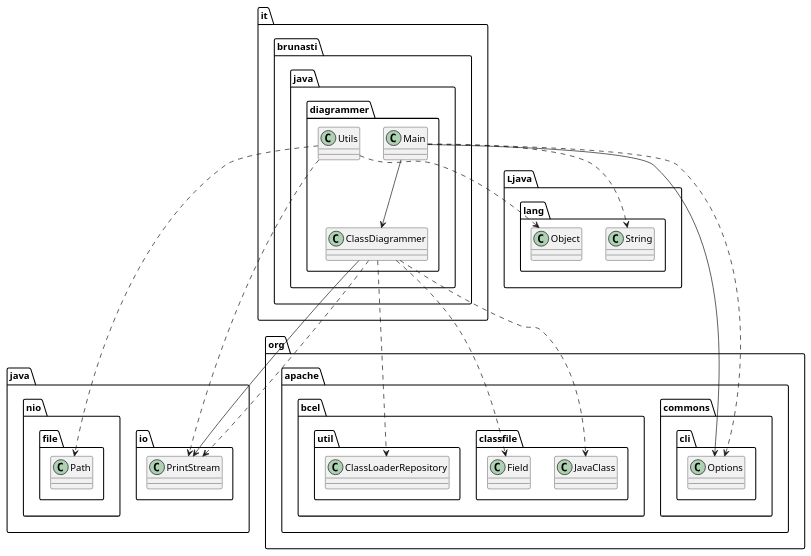
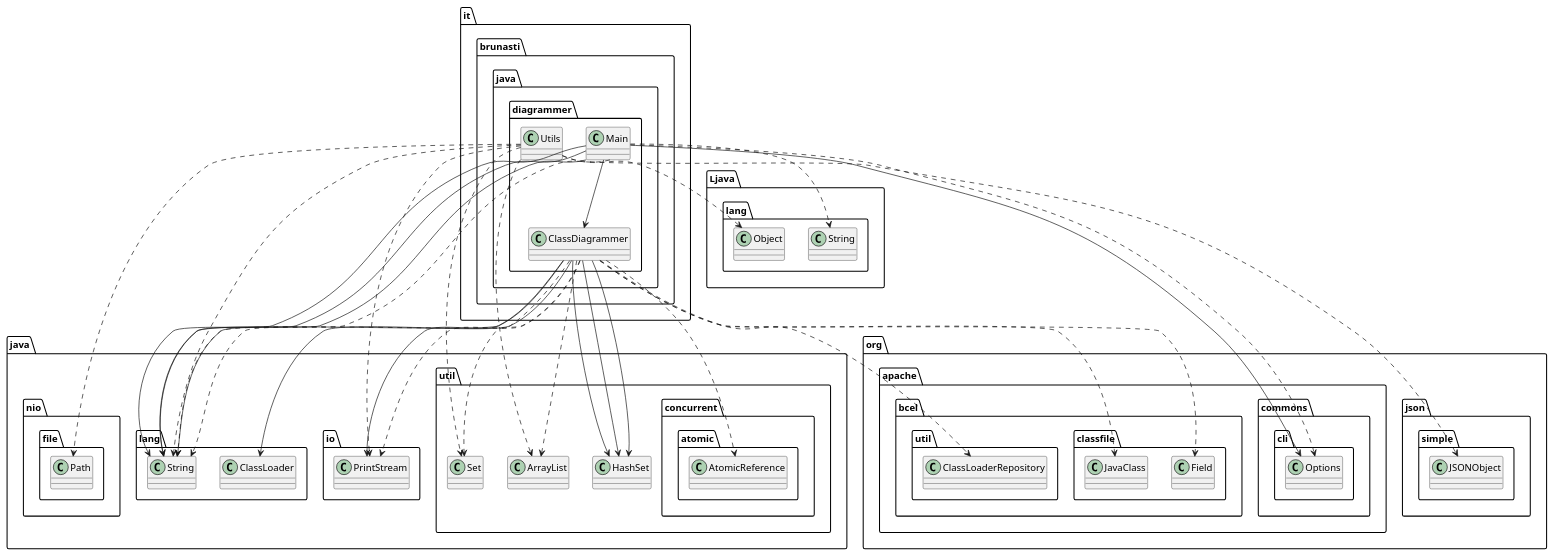
Before and after one commit to brunasti/java-diagrammer: the diagram in temp/output.puml, drawn with PlantUML. The commit also changed 6 other files, not shown here.

```diff
--- a/temp/output.puml
+++ b/temp/output.puml
@@ -1,38 +1,55 @@
 @startuml
 'https://plantuml.com/class-diagram
 
 ' GENERATE CLASS DIAGRAM ===========
 ' Generator     : it.brunasti.java.diagrammer.ClassDiagrammer
 ' Path          : [/Users/paolobrunasti/Work/Mine/java-diagrammer/java-diagrammer/target/classes]
-' Configuration : []
-' Generated at  : Mon Mar 18 11:41:58 CET 2024
+' Configuration : [./temp/config.json]
+' Generated at  : Mon Mar 18 13:16:08 CET 2024
 
 
 
 ' CLASSES =======
 class it.brunasti.java.diagrammer.ClassDiagrammer
 class it.brunasti.java.diagrammer.Utils
 class it.brunasti.java.diagrammer.Main
 
 ' INHERITANCES =======
 
 ' IMPLEMENT INTERFACE =======
 
 ' FIELDS =======
 it.brunasti.java.diagrammer.ClassDiagrammer --> java.io.PrintStream
+it.brunasti.java.diagrammer.ClassDiagrammer --> java.util.HashSet
+it.brunasti.java.diagrammer.ClassDiagrammer --> java.util.HashSet
+it.brunasti.java.diagrammer.ClassDiagrammer --> java.lang.String
+it.brunasti.java.diagrammer.ClassDiagrammer --> java.util.HashSet
+it.brunasti.java.diagrammer.ClassDiagrammer --> java.lang.ClassLoader
 it.brunasti.java.diagrammer.Main --> it.brunasti.java.diagrammer.ClassDiagrammer
+it.brunasti.java.diagrammer.Main --> java.lang.String
+it.brunasti.java.diagrammer.Main --> java.lang.String
+it.brunasti.java.diagrammer.Main --> java.lang.String
 it.brunasti.java.diagrammer.Main --> org.apache.commons.cli.Options
 
 ' USES =======
 it.brunasti.java.diagrammer.ClassDiagrammer ..> java.io.PrintStream
+it.brunasti.java.diagrammer.ClassDiagrammer ..> java.lang.String
+it.brunasti.java.diagrammer.ClassDiagrammer ..> java.util.Set
 it.brunasti.java.diagrammer.ClassDiagrammer ..> org.apache.bcel.classfile.JavaClass
 it.brunasti.java.diagrammer.ClassDiagrammer ..> org.apache.bcel.classfile.Field
+it.brunasti.java.diagrammer.ClassDiagrammer ..> java.util.ArrayList
 it.brunasti.java.diagrammer.ClassDiagrammer ..> org.apache.bcel.util.ClassLoaderRepository
+it.brunasti.java.diagrammer.ClassDiagrammer ..> java.util.concurrent.atomic.AtomicReference
+it.brunasti.java.diagrammer.Utils ..> java.lang.String
 it.brunasti.java.diagrammer.Utils ..> Ljava.lang.Object
 it.brunasti.java.diagrammer.Utils ..> java.io.PrintStream
+it.brunasti.java.diagrammer.Utils ..> java.util.ArrayList
+it.brunasti.java.diagrammer.Utils ..> java.util.Set
+it.brunasti.java.diagrammer.Utils ..> org.json.simple.JSONObject
 it.brunasti.java.diagrammer.Utils ..> java.nio.file.Path
+it.brunasti.java.diagrammer.Main ..> java.lang.String
 it.brunasti.java.diagrammer.Main ..> Ljava.lang.String
 it.brunasti.java.diagrammer.Main ..> org.apache.commons.cli.Options
 
 
 @enduml
```
